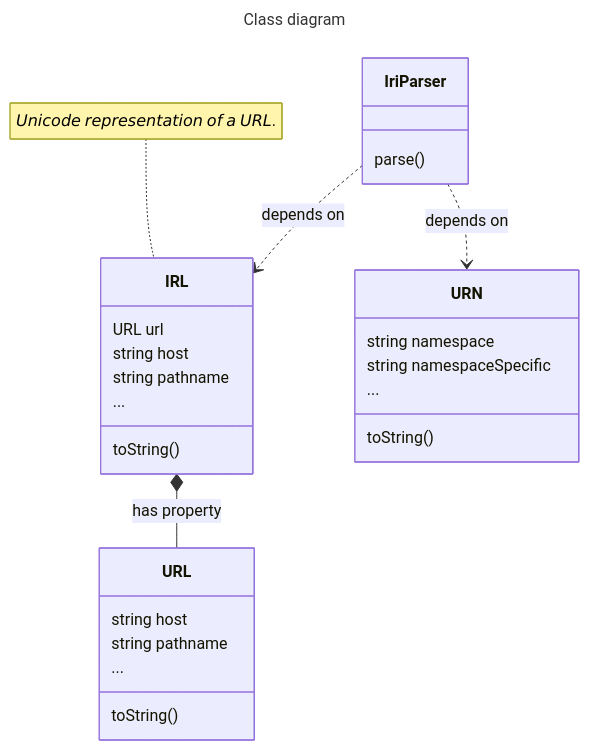
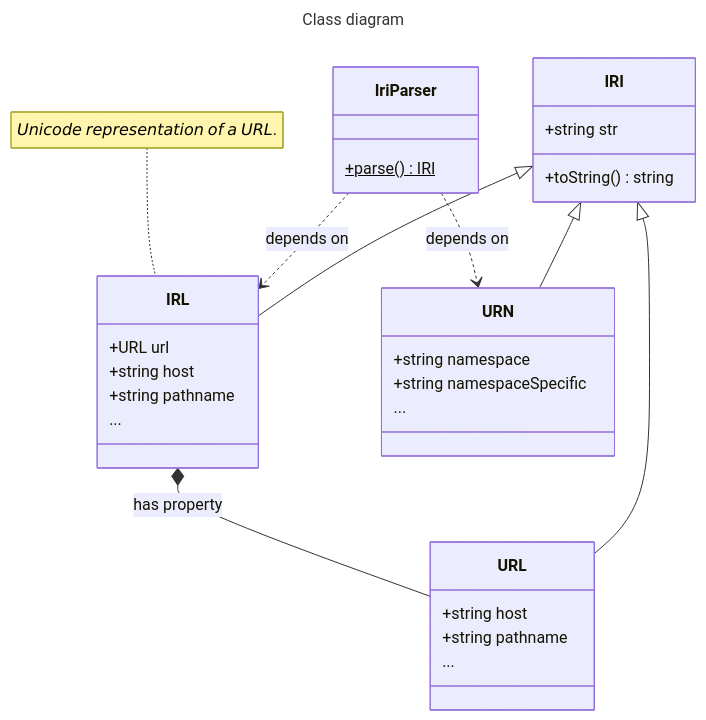
The diagram in README.md (doga/IRI), drawn with Mermaid before and after one commit. The commit also changed other lines of this file and 5 other files, not shown here.

````diff
--- a/README.md
+++ b/README.md
@@ -253,28 +257,43 @@
 ```mermaid
 ---
 title: Class diagram
 ---
 
 classDiagram
-  URL: string host
-  URL: string pathname
-  URL: toString()
-  URL: ...
+  class URL {
+    +string host
+    +string pathname
+    ...
+  }
 
-  IRL: URL url
-  IRL: string host
-  IRL: string pathname
-  IRL: toString()
-  IRL: ...
+  note for IRL "𝘜𝘯𝘪𝘤𝘰𝘥𝘦 𝘳𝘦𝘱𝘳𝘦𝘴𝘦𝘯𝘵𝘢𝘵𝘪𝘰𝘯 𝘰𝘧 𝘢 𝘜𝘙𝘓."
+  class IRL {
+    +URL url
+    +string host
+    +string pathname
+    ...
+  }
   IRL *-- URL : has property
-  note for IRL "𝘜𝘯𝘪𝘤𝘰𝘥𝘦 𝘳𝘦𝘱𝘳𝘦𝘴𝘦𝘯𝘵𝘢𝘵𝘪𝘰𝘯 𝘰𝘧 𝘢 𝘜𝘙𝘓."
 
-  URN: string namespace
-  URN: string namespaceSpecific
-  URN: ...
-  URN: toString()
 
-  IriParser: parse()
+  class URN{
+    +string namespace
+    +string namespaceSpecific
+    ...
+  }
+
+  class IriParser {
+    +parse() IRI$
+  }
   IriParser ..> IRL : depends on
   IriParser ..> URN : depends on
+
+  class IRI {
+    +string str
+    +toString() string
+  }
+
+  IRI <|-- URN
+  IRI <|-- IRL
+  IRI <|-- URL
 ```
````
